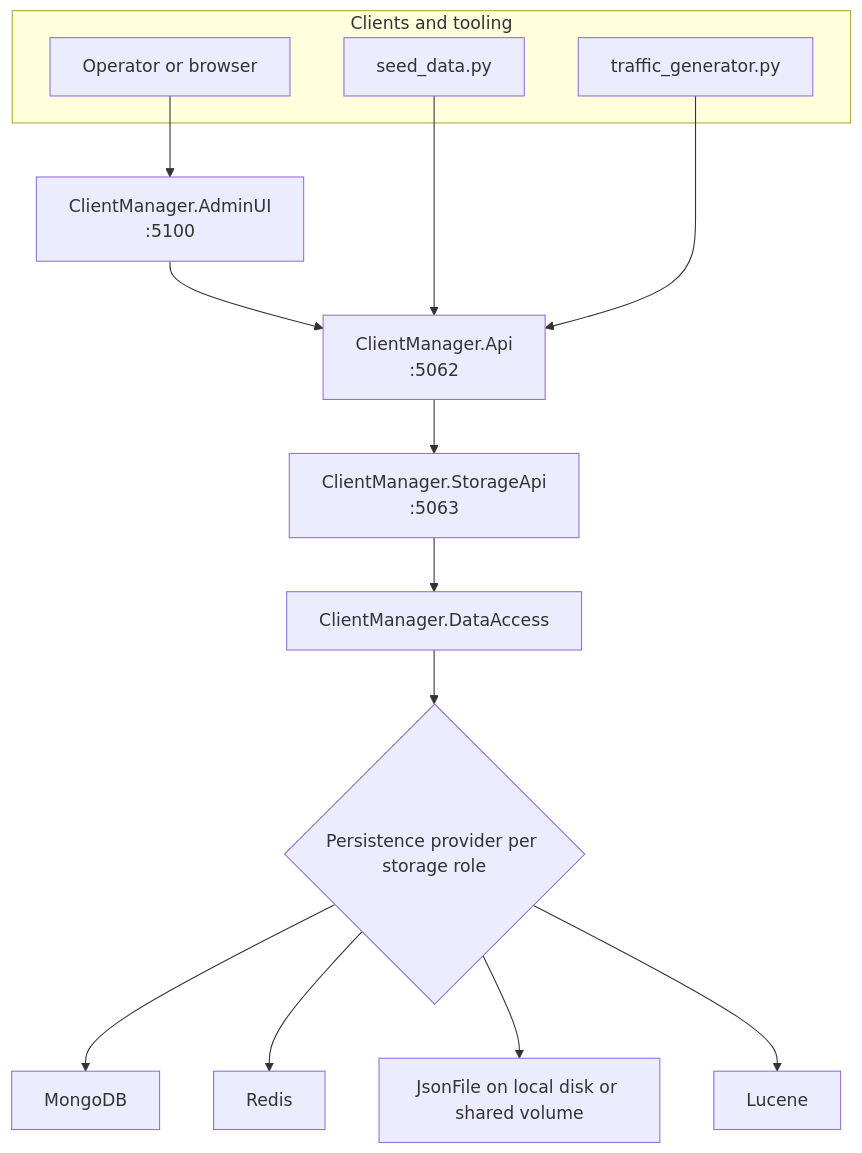
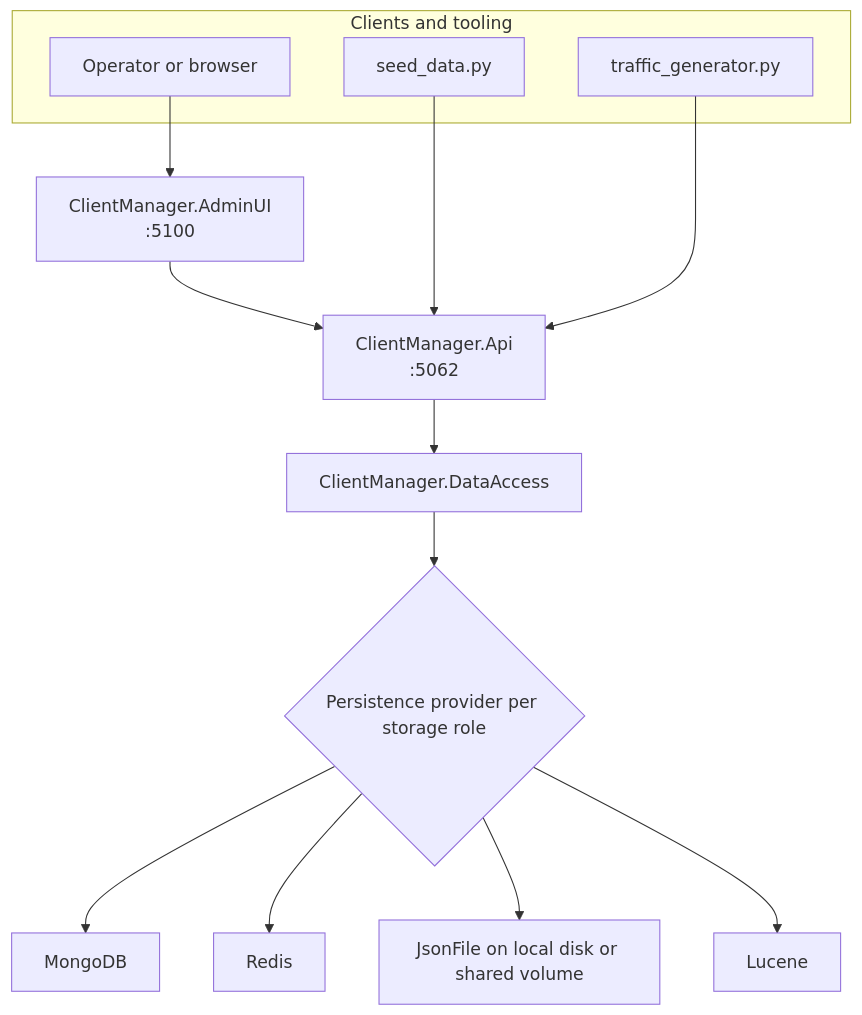
One commit to ShaharMS/ClientManager changed the diagram in README.md. Above: the diagram before and after it, drawn with Mermaid. The commit also changed other lines of this file and 173 other files, not shown here.

First line of the commit message:
refactor(api): consolidate StorageApi into ClientManager.Api, removing transport layer and updating controllers for in-process storage. COPILOT RAN OUT HERE

````diff
--- a/README.md
+++ b/README.md
@@ -32,21 +31,20 @@
 ```mermaid
 flowchart TD
     subgraph clients[Clients and tooling]
         operator[Operator or browser]
         seed[seed_data.py]
         traffic[traffic_generator.py]
     end
 
     operator --> ui[ClientManager.AdminUI<br/>:5100]
     ui --> api[ClientManager.Api<br/>:5062]
     seed --> api
     traffic --> api
-    api --> storage[ClientManager.StorageApi<br/>:5063]
-    storage --> da[ClientManager.DataAccess]
+    api --> da[ClientManager.DataAccess]
 
     da --> provider{Persistence provider per storage role}
     provider --> mongo[MongoDB]
     provider --> redis[Redis]
     provider --> files[JsonFile on local disk or shared volume]
     provider --> lucene[Lucene]
 ```
````
